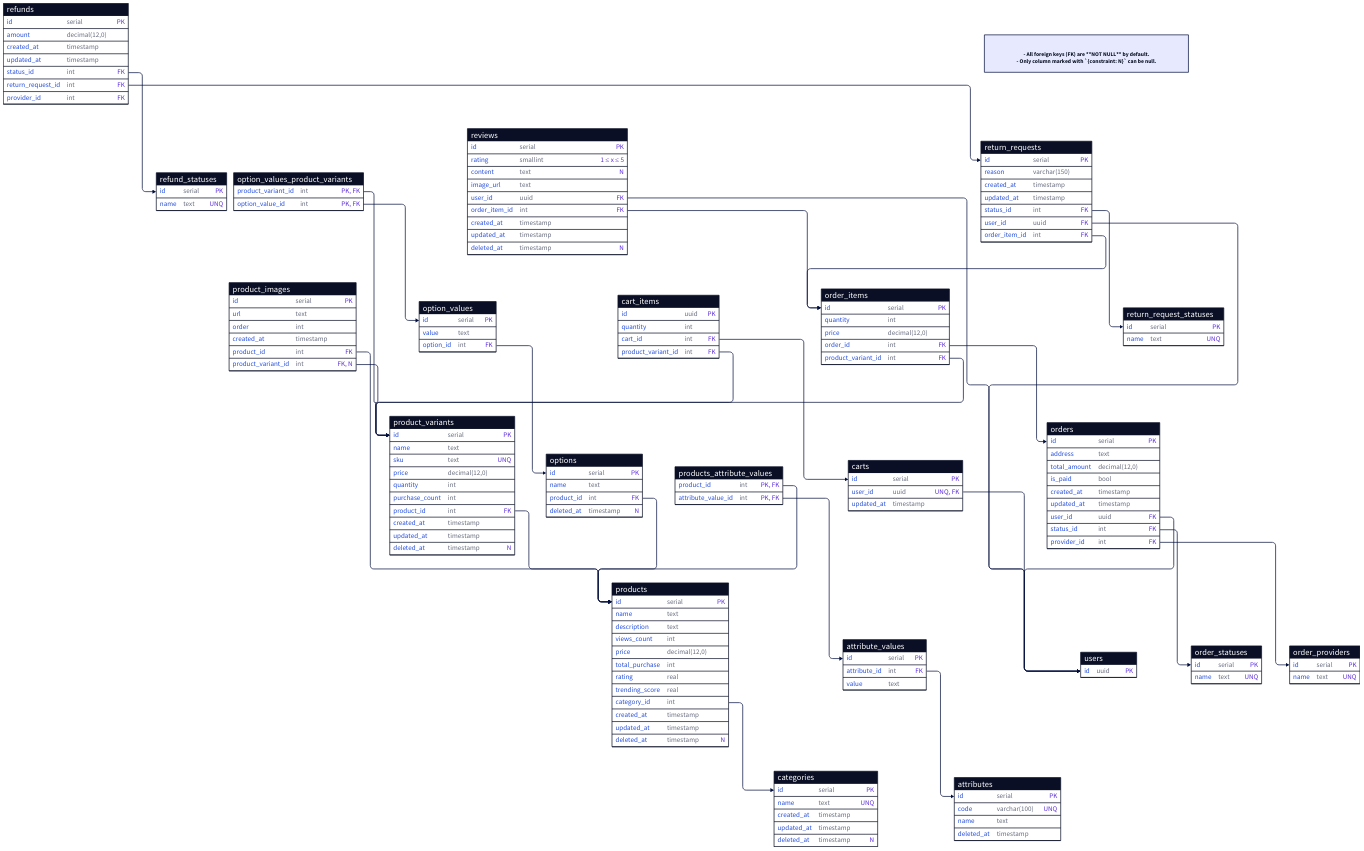
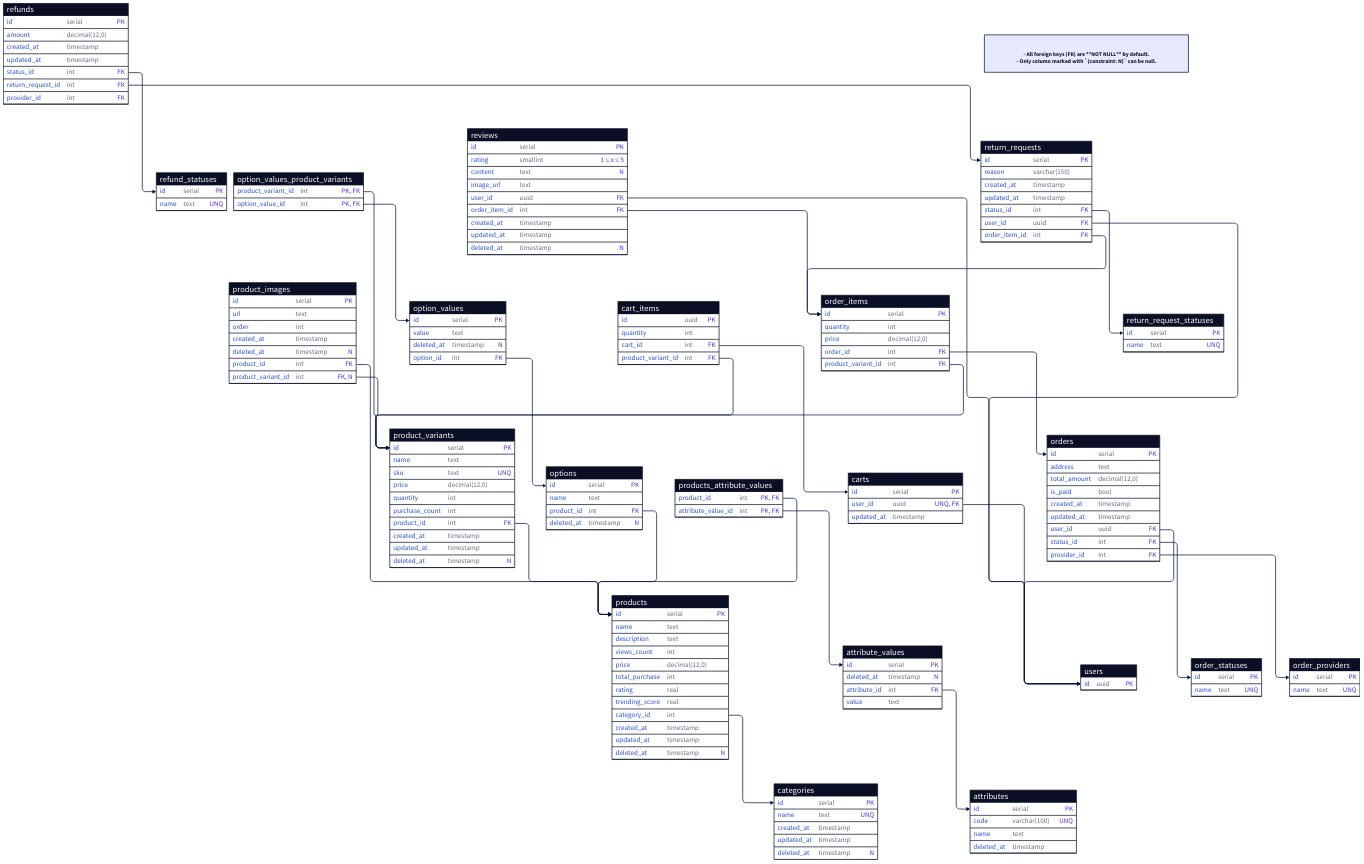
The diagram in docs/software-docs/database/index.md (electricilies/electricilies.github.io), drawn with D2 before and after one commit.

Commit message:
feat(database): add deletedAt to soft delete

```diff
--- a/docs/software-docs/database/index.md
+++ b/docs/software-docs/database/index.md
@@ -47,6 +47,7 @@
 
 attribute_values: {
   id: serial {constraint: PK}
+  deleted_at: timestamp {constraint: N}
   attribute_id: int {constraint: FK}
   value: text
 }
@@ -61,6 +62,7 @@
   url: text
   order: int
   created_at: timestamp
+  deleted_at: timestamp {constraint: N}
   product_id: int {constraint: FK}
   product_variant_id: int {constraint: [FK, N]}
 }
@@ -93,6 +95,7 @@
 option_values: {
   id: serial {constraint: PK}
   value: text
+  deleted_at: timestamp {constraint: N}
   option_id: int {constraint: FK}
 }
 
```
